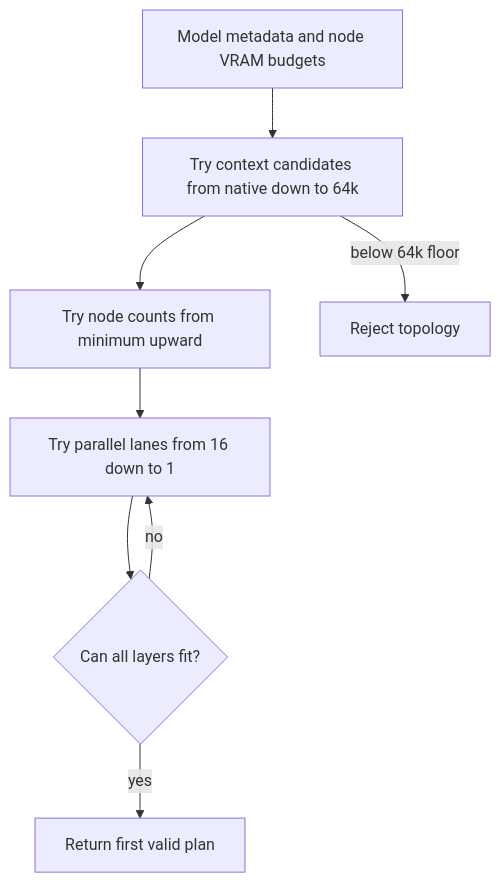
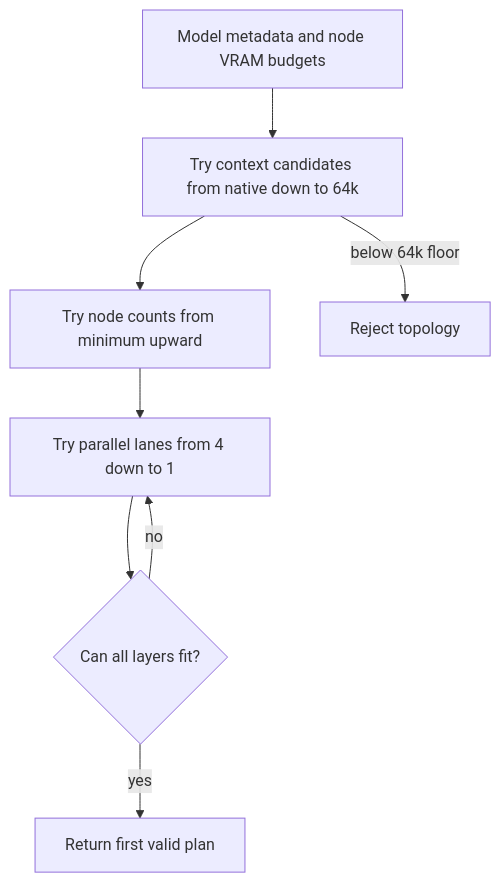
The fourth of 9 diagrams in crates/skippy-coordinator/README.md (michaelneale/mesh-llm), drawn with Mermaid before and after one commit. The commit also changed other lines of this file and 1 other file, not shown here.

First line of the commit message:
fix: default parallel lanes to 4 instead of 16

````diff
--- a/crates/skippy-coordinator/README.md
+++ b/crates/skippy-coordinator/README.md
@@ -165,18 +165,18 @@
 ```mermaid
 flowchart TD
     Input["Model metadata and node VRAM budgets"]
     Context["Try context candidates from native down to 64k"]
     Nodes["Try node counts from minimum upward"]
-    Lanes["Try parallel lanes from 16 down to 1"]
+    Lanes["Try parallel lanes from 4 down to 1"]
     Fit{"Can all layers fit?"}
     Plan["Return first valid plan"]
     Reject["Reject topology"]
 
     Input --> Context
     Context --> Nodes
     Nodes --> Lanes
     Lanes --> Fit
     Fit -- "yes" --> Plan
     Fit -- "no" --> Lanes
     Context -- "below 64k floor" --> Reject
 ```
````
